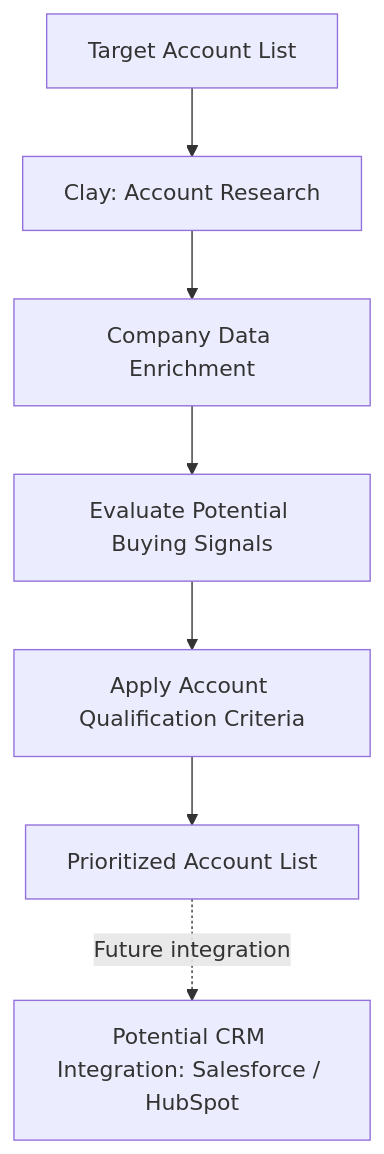
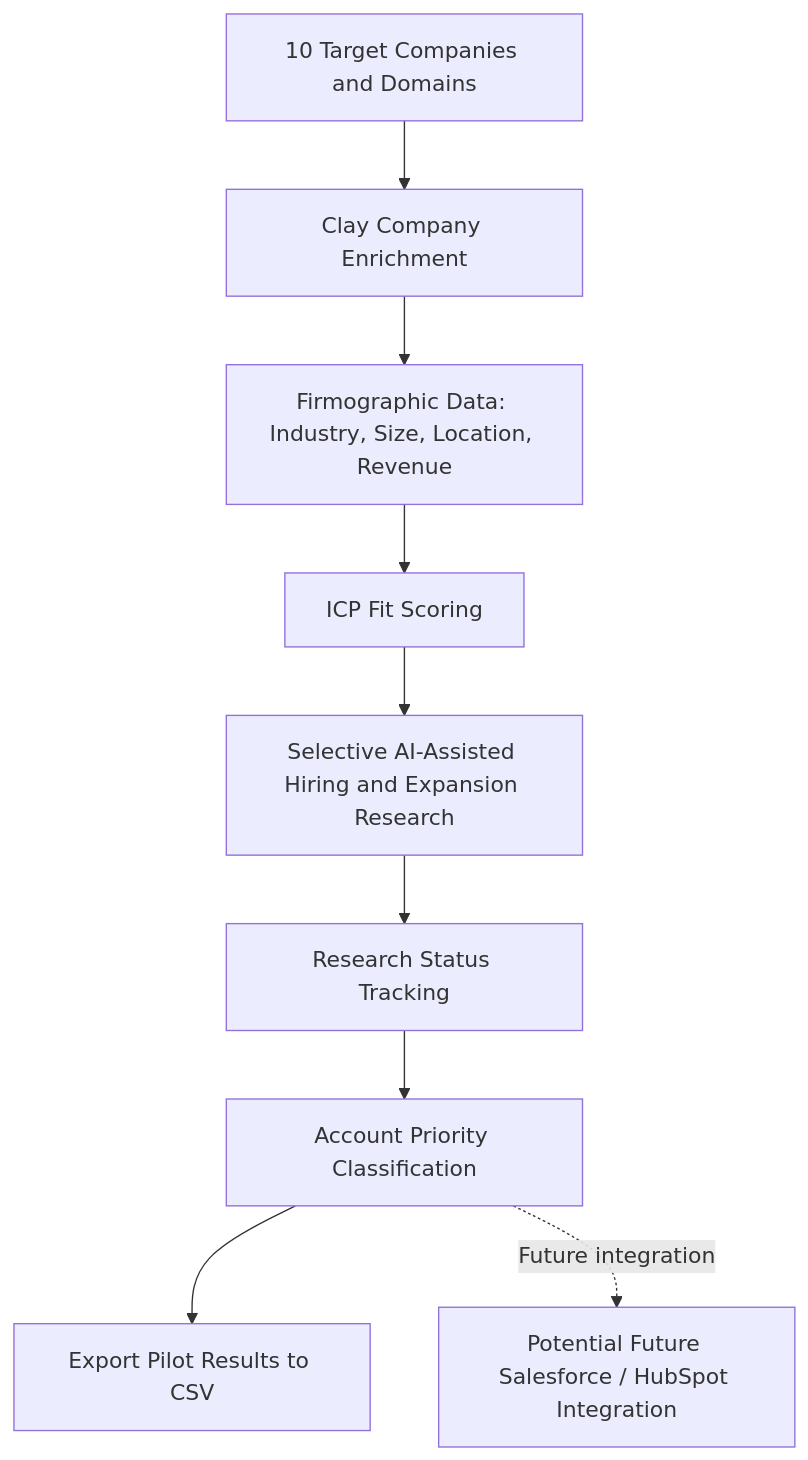
One commit to siyandangange/crm-revops-engineering-portfolio changed the diagram in 03-account-intelligence/README.md. Above: the diagram before and after it, drawn with Mermaid. The commit also changed other lines of this file, not shown here.

First line of the commit message:
Revise README for account intelligence project

````diff
--- a/03-account-intelligence/README.md
+++ b/03-account-intelligence/README.md
@@ -54,13 +71,16 @@
 ```mermaid
 flowchart TD
-    A["Target Account List"]
-    B["Clay: Account Research"]
-    C["Company Data Enrichment"]
-    D["Evaluate Potential Buying Signals"]
-    E["Apply Account Qualification Criteria"]
-    F["Prioritized Account List"]
-    G["Potential CRM Integration: Salesforce / HubSpot"]
+    A["10 Target Companies and Domains"]
+    B["Clay Company Enrichment"]
+    C["Firmographic Data: Industry, Size, Location, Revenue"]
+    D["ICP Fit Scoring"]
+    E["Selective AI-Assisted Hiring and Expansion Research"]
+    F["Research Status Tracking"]
+    G["Account Priority Classification"]
+    H["Export Pilot Results to CSV"]
+    I["Potential Future Salesforce / HubSpot Integration"]
 
-    A --> B --> C --> D --> E --> F
-    F -. "Future integration" .-> G
+    A --> B --> C --> D
+    D --> E --> F --> G --> H
+    G -.->|"Future integration"| I
 ```
````
